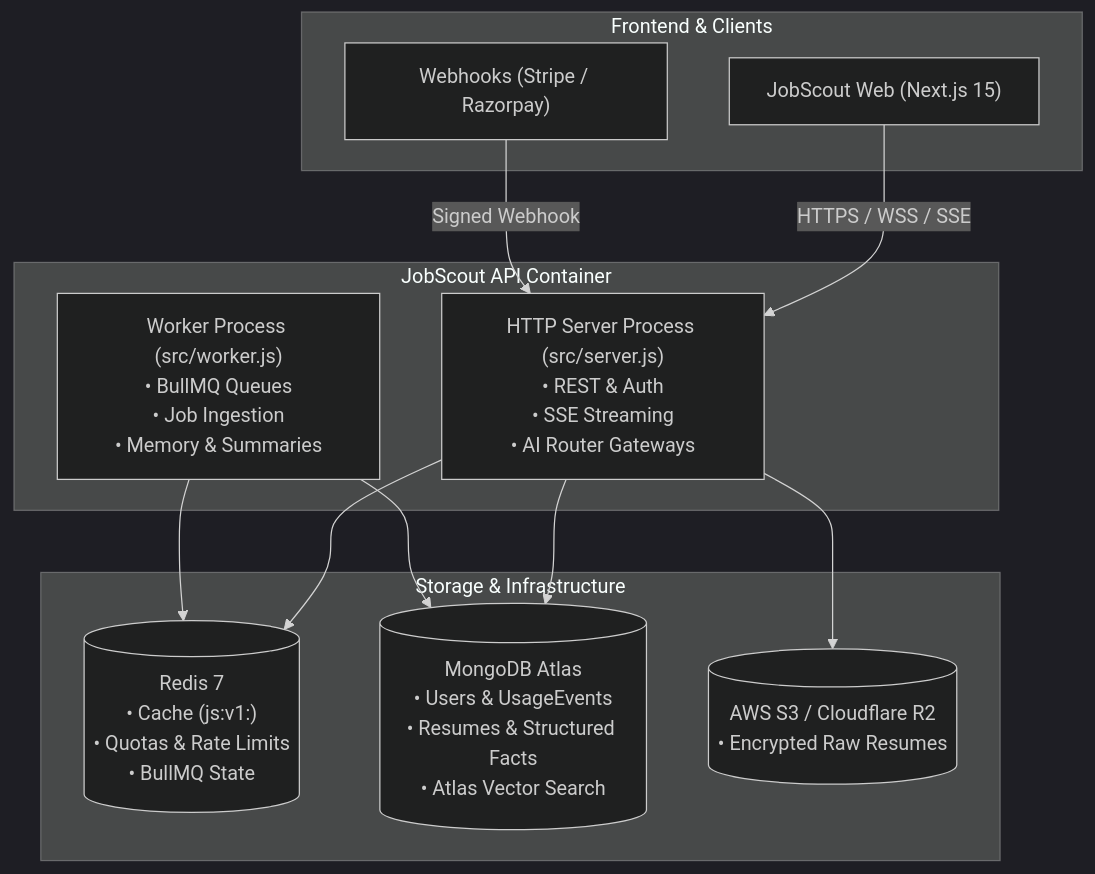
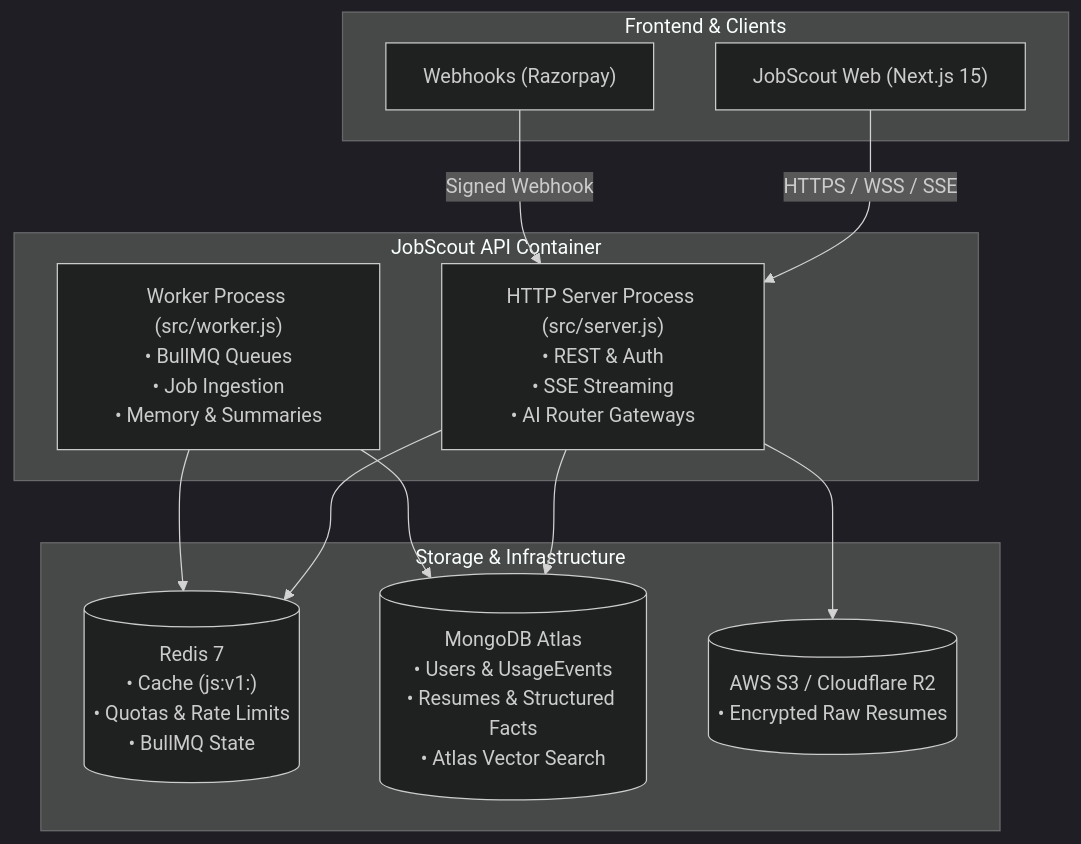
Before and after one commit to Jerin-johnson/Job_Scout_Backend: the first of 2 diagrams in docs/ARCHITECTURE.md, drawn with Mermaid (dark theme). The commit also changed 52 other files, not shown here.

````diff
--- a/docs/ARCHITECTURE.md
+++ b/docs/ARCHITECTURE.md
@@ -16,26 +16,26 @@
 ```mermaid
 flowchart TD
     subgraph ClientLayer["Frontend & Clients"]
         NextClient["JobScout Web (Next.js 15)"]
-        ThirdParty["Webhooks (Stripe / Razorpay)"]
+        ThirdParty["Webhooks (Razorpay)"]
     end
 
     subgraph ServiceLayer["JobScout API Container"]
         HTTPServer["HTTP Server Process (src/server.js)\n• REST & Auth\n• SSE Streaming\n• AI Router Gateways"]
         WorkerProcess["Worker Process (src/worker.js)\n• BullMQ Queues\n• Job Ingestion\n• Memory & Summaries"]
     end
 
     subgraph Persistence["Storage & Infrastructure"]
         RedisDB[("Redis 7\n• Cache (js:v1:)\n• Quotas & Rate Limits\n• BullMQ State")]
         MongoDBAtlas[("MongoDB Atlas\n• Users & UsageEvents\n• Resumes & Structured Facts\n• Atlas Vector Search")]
         S3Storage[("AWS S3 / Cloudflare R2\n• Encrypted Raw Resumes")]
     end
 
     NextClient -->|HTTPS / WSS / SSE| HTTPServer
     ThirdParty -->|Signed Webhook| HTTPServer
     HTTPServer --> RedisDB
     HTTPServer --> MongoDBAtlas
     HTTPServer --> S3Storage
     WorkerProcess --> RedisDB
     WorkerProcess --> MongoDBAtlas
 ```
````
